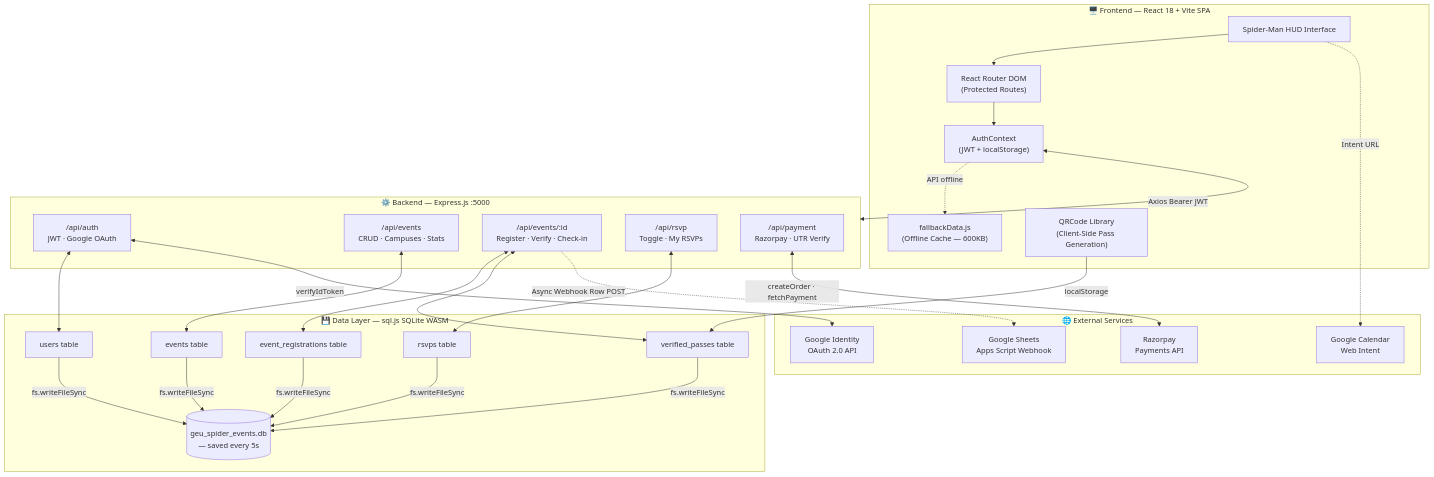
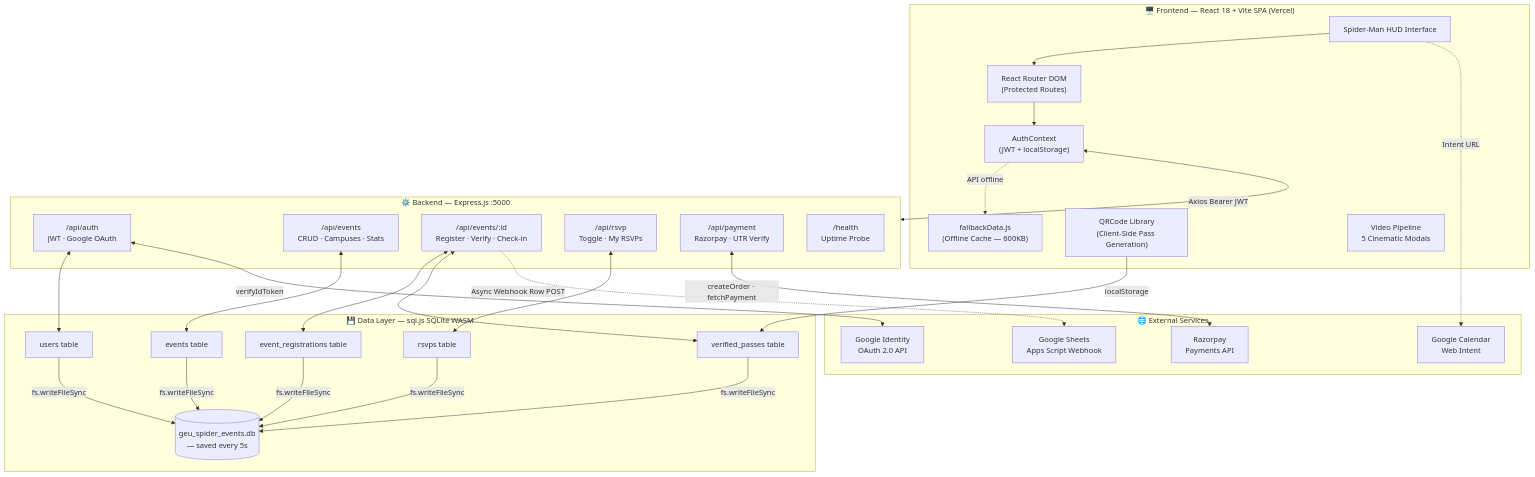
One commit to ujjwalchaudharyyy/SPIDEY changed the first of 2 diagrams in README.md. Above: the diagram before and after it, drawn with Mermaid. The commit also changed other lines of this file and 2 other files, not shown here.

````diff
--- a/README.md
+++ b/README.md
@@ -432,51 +503,53 @@
 ```mermaid
 flowchart TD
-    subgraph Client["🖥️ Frontend — React 18 + Vite SPA"]
+    subgraph Client["🖥️ Frontend — React 18 + Vite SPA (Vercel)"]
         UI["Spider-Man HUD Interface"]
         Router["React Router DOM\n(Protected Routes)"]
         Auth["AuthContext\n(JWT + localStorage)"]
         Fallback["fallbackData.js\n(Offline Cache — 600KB)"]
         QR["QRCode Library\n(Client-Side Pass Generation)"]
+        Video["Video Pipeline\n5 Cinematic Modals"]
     end
 
     subgraph API["⚙️ Backend — Express.js :5000"]
         AuthRoute["/api/auth\nJWT · Google OAuth"]
         EventRoute["/api/events\nCRUD · Campuses · Stats"]
         RegRoute["/api/events/:id\nRegister · Verify · Check-in"]
         RsvpRoute["/api/rsvp\nToggle · My RSVPs"]
         PayRoute["/api/payment\nRazorpay · UTR Verify"]
+        Health["/health\nUptime Probe"]
     end
 
     subgraph DB["💾 Data Layer — sql.js SQLite WASM"]
         Users["users table"]
         Events["events table"]
         Rsvps["rsvps table"]
         Regs["event_registrations table"]
         Passes["verified_passes table"]
         Disk[("geu_spider_events.db\n— saved every 5s")]
     end
 
     subgraph External["🌐 External Services"]
         GoogleOAuth["Google Identity\nOAuth 2.0 API"]
         RazorpayAPI["Razorpay\nPayments API"]
         Sheets["Google Sheets\nApps Script Webhook"]
         GCal["Google Calendar\nWeb Intent"]
     end
 
     UI --> Router --> Auth
     Auth -.->|API offline| Fallback
     Auth <-->|Axios Bearer JWT| API
     QR -->|localStorage| Passes
 
     AuthRoute <--> Users
     EventRoute <--> Events
     RsvpRoute <--> Rsvps
     RegRoute <--> Regs
     RegRoute <--> Passes
     Users & Events & Rsvps & Regs & Passes -->|fs.writeFileSync| Disk
 
     AuthRoute <-->|verifyIdToken| GoogleOAuth
     PayRoute <-->|createOrder · fetchPayment| RazorpayAPI
     RegRoute -.->|Async Webhook Row POST| Sheets
     UI -.->|Intent URL| GCal
 ```
````
